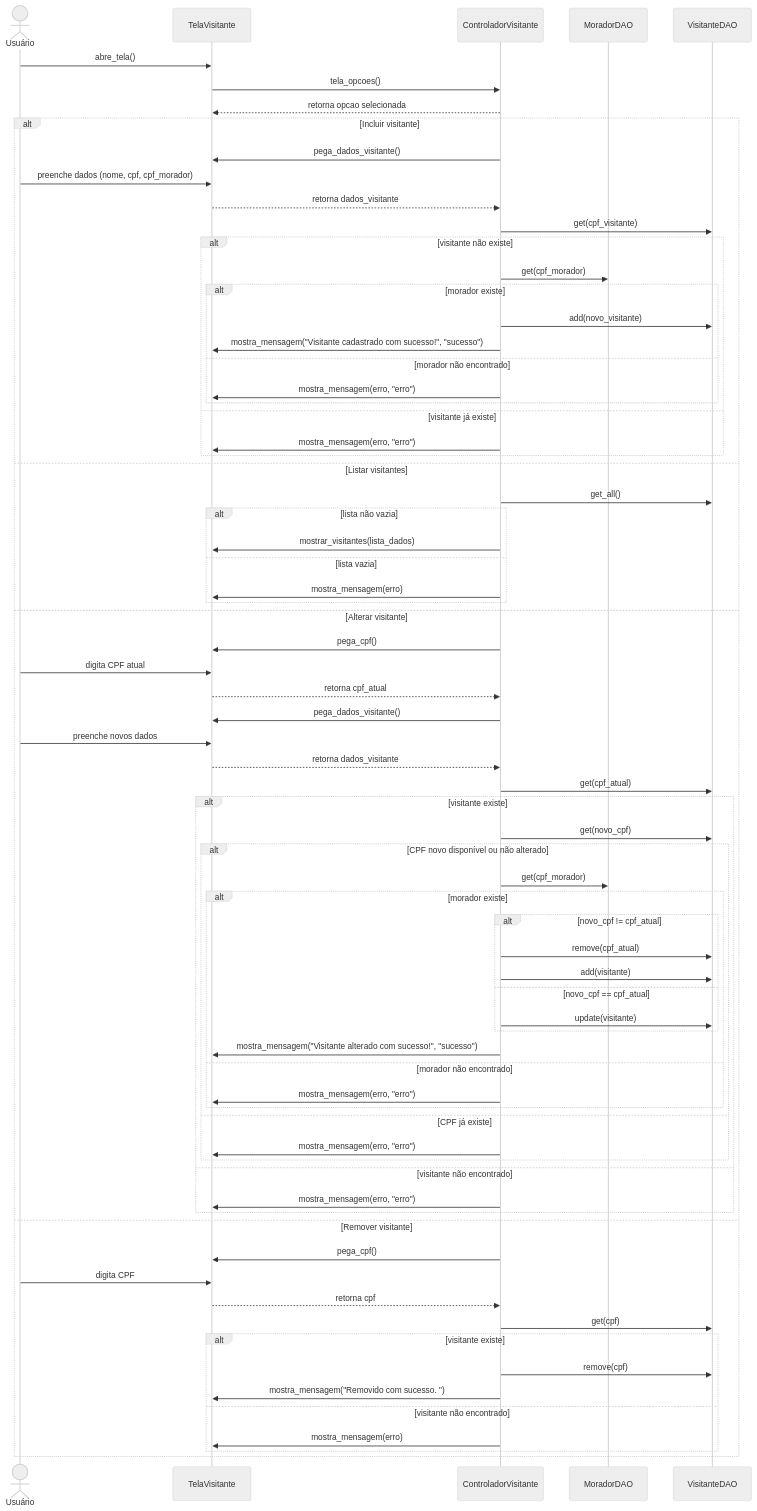
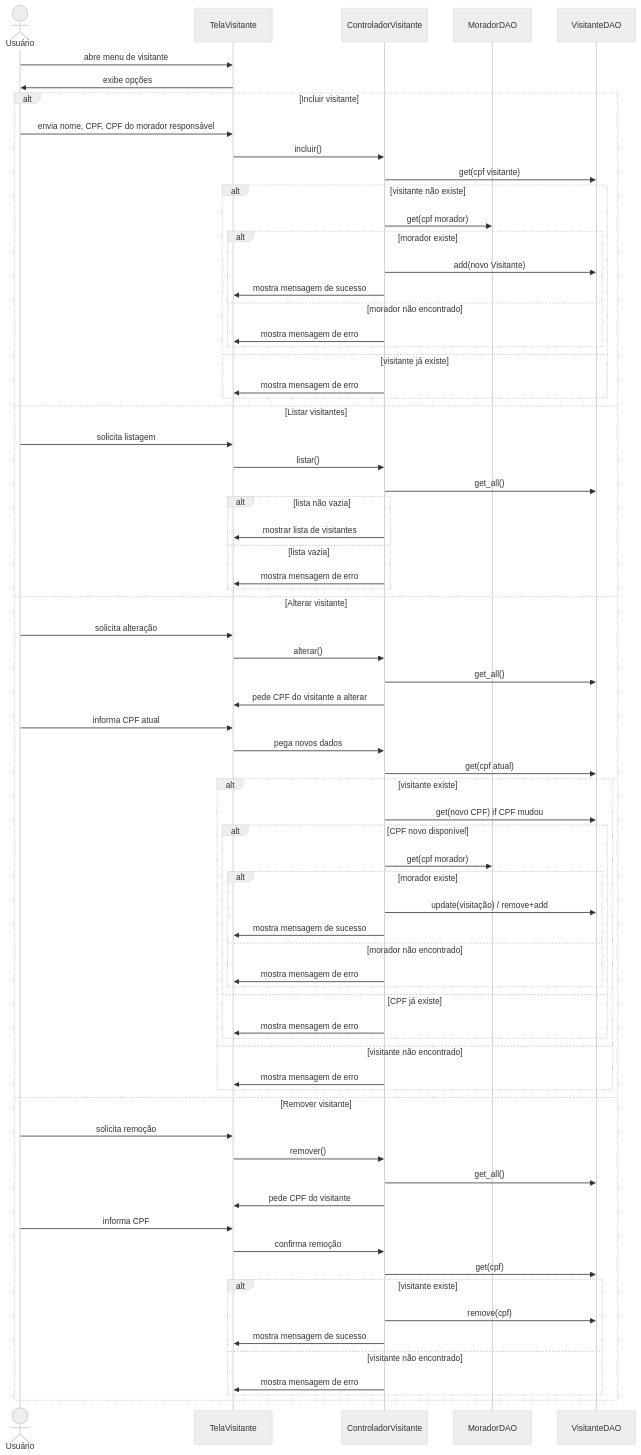
The diagram in docs/diagrama-sequencia-gerencia-visitante.md (TiagoSansao/CondoGate), drawn with Mermaid (neutral theme) before and after one commit. The commit also changed other lines of this file, not shown here.

````diff
--- a/docs/diagrama-sequencia-gerencia-visitante.md
+++ b/docs/diagrama-sequencia-gerencia-visitante.md
@@ -1,80 +1,149 @@
 ```mermaid
+
 sequenceDiagram
+
     actor Usuário
+
     participant TelaVisitante
+
     participant ControladorVisitante
+
     participant MoradorDAO
+
     participant VisitanteDAO
 
-    Usuário->>TelaVisitante: abre_tela()
-    TelaVisitante->>ControladorVisitante: tela_opcoes()
-    ControladorVisitante-->>TelaVisitante: retorna opcao selecionada
+
+
+    Usuário->>TelaVisitante: abre menu de visitante
+
+    TelaVisitante->>Usuário: exibe opções
+
+
 
     alt Incluir visitante
-        ControladorVisitante->>TelaVisitante: pega_dados_visitante()
-        Usuário->>TelaVisitante: preenche dados (nome, cpf, cpf_morador)
-        TelaVisitante-->>ControladorVisitante: retorna dados_visitante
-        ControladorVisitante->>VisitanteDAO: get(cpf_visitante)
+
+        Usuário->>TelaVisitante: envia nome, CPF, CPF do morador responsável
+
+        TelaVisitante->>ControladorVisitante: incluir()
+
+        ControladorVisitante->>VisitanteDAO: get(cpf visitante)
+
         alt visitante não existe
-            ControladorVisitante->>MoradorDAO: get(cpf_morador)
+
+            ControladorVisitante->>MoradorDAO: get(cpf morador)
+
             alt morador existe
-                ControladorVisitante->>VisitanteDAO: add(novo_visitante)
-                ControladorVisitante->>TelaVisitante: mostra_mensagem("Visitante cadastrado com sucesso!", "sucesso")
+
+                ControladorVisitante->>VisitanteDAO: add(novo Visitante)
+
+                ControladorVisitante->>TelaVisitante: mostra mensagem de sucesso
+
             else morador não encontrado
-                ControladorVisitante->>TelaVisitante: mostra_mensagem(erro, "erro")
+
+                ControladorVisitante->>TelaVisitante: mostra mensagem de erro
+
             end
+
         else visitante já existe
-            ControladorVisitante->>TelaVisitante: mostra_mensagem(erro, "erro")
+
+            ControladorVisitante->>TelaVisitante: mostra mensagem de erro
+
         end
 
     else Listar visitantes
+
+        Usuário->>TelaVisitante: solicita listagem
+
+        TelaVisitante->>ControladorVisitante: listar()
+
         ControladorVisitante->>VisitanteDAO: get_all()
+
         alt lista não vazia
-            ControladorVisitante->>TelaVisitante: mostrar_visitantes(lista_dados)
+
+            ControladorVisitante->>TelaVisitante: mostrar lista de visitantes
+
         else lista vazia
-            ControladorVisitante->>TelaVisitante: mostra_mensagem(erro)
+
+            ControladorVisitante->>TelaVisitante: mostra mensagem de erro
+
         end
 
     else Alterar visitante
-        ControladorVisitante->>TelaVisitante: pega_cpf()
-        Usuário->>TelaVisitante: digita CPF atual
-        TelaVisitante-->>ControladorVisitante: retorna cpf_atual
-        ControladorVisitante->>TelaVisitante: pega_dados_visitante()
-        Usuário->>TelaVisitante: preenche novos dados
-        TelaVisitante-->>ControladorVisitante: retorna dados_visitante
-        ControladorVisitante->>VisitanteDAO: get(cpf_atual)
+
+        Usuário->>TelaVisitante: solicita alteração
+
+        TelaVisitante->>ControladorVisitante: alterar()
+
+        ControladorVisitante->>VisitanteDAO: get_all()  
+
+        ControladorVisitante->>TelaVisitante: pede CPF do visitante a alterar
+
+        Usuário->>TelaVisitante: informa CPF atual
+
+        TelaVisitante->>ControladorVisitante: pega novos dados
+
+        ControladorVisitante->>VisitanteDAO: get(cpf atual)
+
         alt visitante existe
-            ControladorVisitante->>VisitanteDAO: get(novo_cpf)
-            alt CPF novo disponível ou não alterado
-                ControladorVisitante->>MoradorDAO: get(cpf_morador)
+
+            ControladorVisitante->>VisitanteDAO: get(novo CPF) if CPF mudou
+
+            alt CPF novo disponível
+
+                ControladorVisitante->>MoradorDAO: get(cpf morador)
+
                 alt morador existe
-                    alt novo_cpf != cpf_atual
-                        ControladorVisitante->>VisitanteDAO: remove(cpf_atual)
-                        ControladorVisitante->>VisitanteDAO: add(visitante)
-                    else novo_cpf == cpf_atual
-                        ControladorVisitante->>VisitanteDAO: update(visitante)
-                    end
-                    ControladorVisitante->>TelaVisitante: mostra_mensagem("Visitante alterado com sucesso!", "sucesso")
+
+                    ControladorVisitante->>VisitanteDAO: update(visitação) / remove+add
+
+                    ControladorVisitante->>TelaVisitante: mostra mensagem de sucesso
+
                 else morador não encontrado
-                    ControladorVisitante->>TelaVisitante: mostra_mensagem(erro, "erro")
+
+                    ControladorVisitante->>TelaVisitante: mostra mensagem de erro
+
                 end
+
             else CPF já existe
-                ControladorVisitante->>TelaVisitante: mostra_mensagem(erro, "erro")
+
+                ControladorVisitante->>TelaVisitante: mostra mensagem de erro
+
             end
+
         else visitante não encontrado
-            ControladorVisitante->>TelaVisitante: mostra_mensagem(erro, "erro")
+
+            ControladorVisitante->>TelaVisitante: mostra mensagem de erro
+
         end
 
     else Remover visitante
-        ControladorVisitante->>TelaVisitante: pega_cpf()
-        Usuário->>TelaVisitante: digita CPF
-        TelaVisitante-->>ControladorVisitante: retorna cpf
+
+        Usuário->>TelaVisitante: solicita remoção
+
+        TelaVisitante->>ControladorVisitante: remover()
+
+        ControladorVisitante->>VisitanteDAO: get_all()
+
+        ControladorVisitante->>TelaVisitante: pede CPF do visitante
+
+        Usuário->>TelaVisitante: informa CPF
+
+        TelaVisitante->>ControladorVisitante: confirma remoção
+
         ControladorVisitante->>VisitanteDAO: get(cpf)
+
         alt visitante existe
+
             ControladorVisitante->>VisitanteDAO: remove(cpf)
-            ControladorVisitante->>TelaVisitante: mostra_mensagem("Removido com sucesso. ")
+
+            ControladorVisitante->>TelaVisitante: mostra mensagem de sucesso
+
         else visitante não encontrado
-            ControladorVisitante->>TelaVisitante: mostra_mensagem(erro)
+
+            ControladorVisitante->>TelaVisitante: mostra mensagem de erro
+
         end
+
     end
-```
+
+``` 
````
